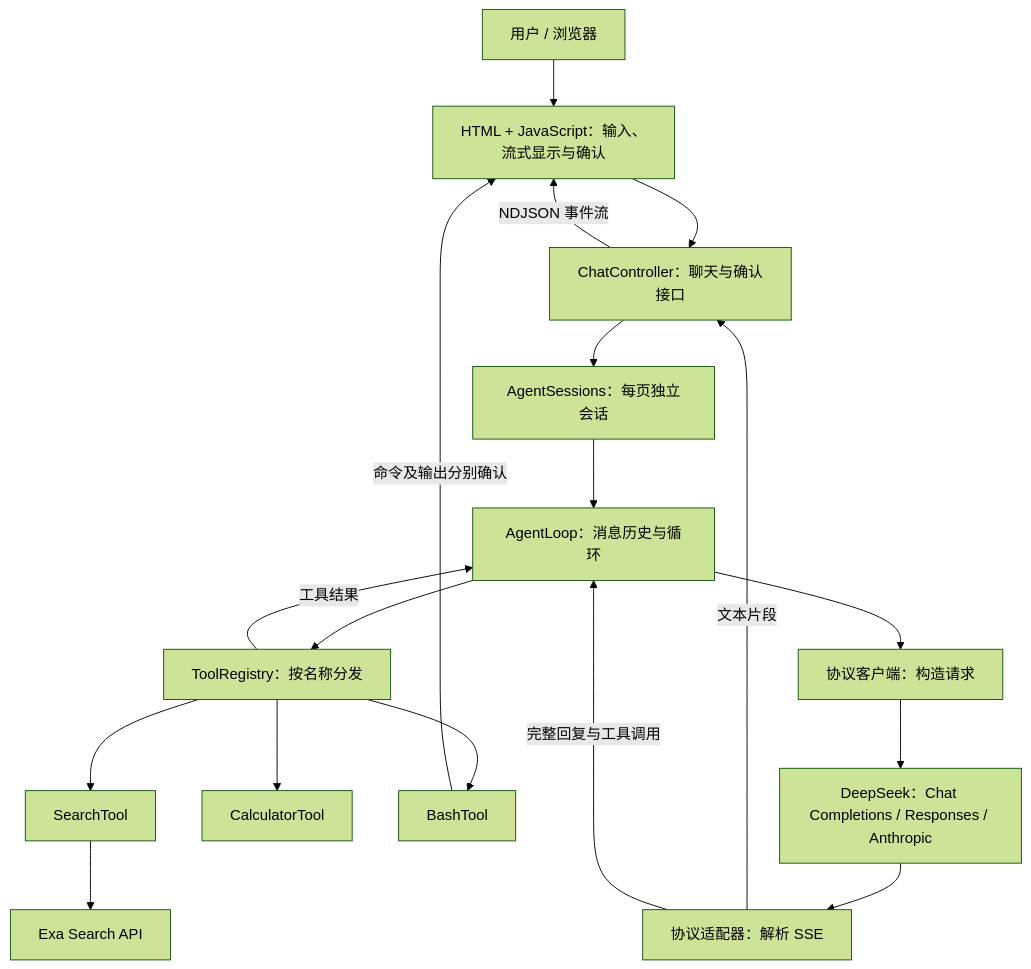
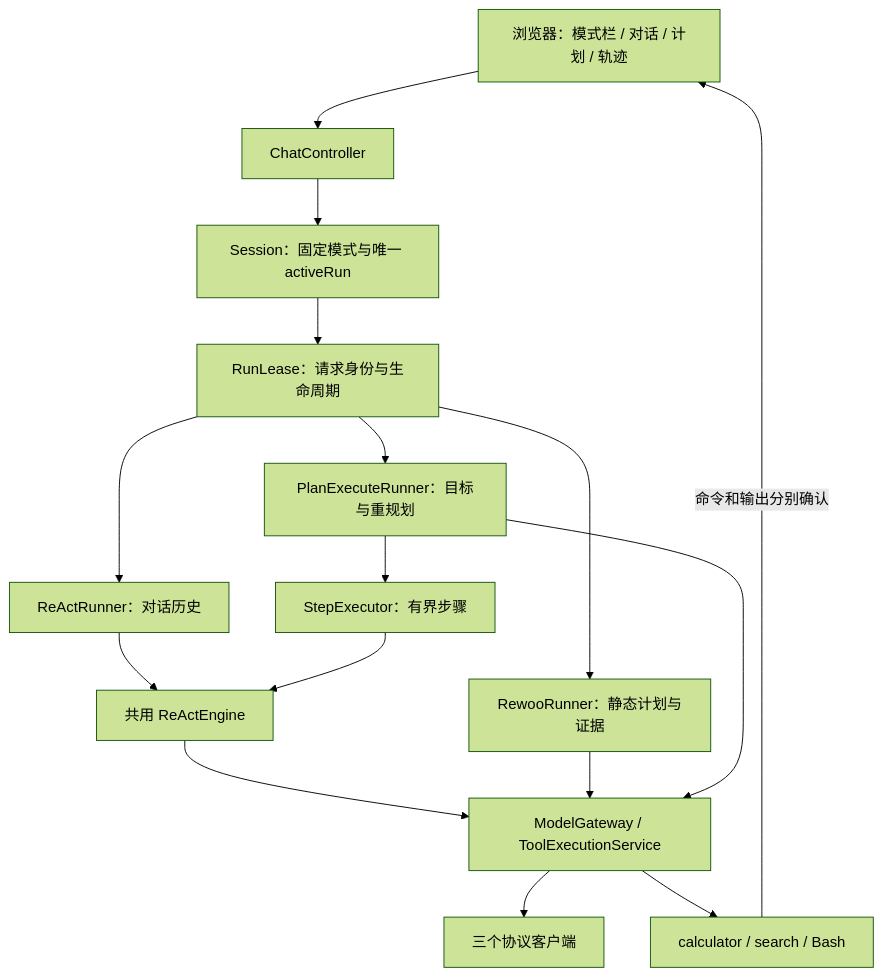
Before and after one commit to GLBB/ai-engineering-from-scratch: the first of 2 diagrams in learning-artifacts/agent-loop/README.md, drawn with Mermaid (forest theme). The commit also changed other lines of this file and 10 other files, not shown here.

````diff
--- a/learning-artifacts/agent-loop/README.md
+++ b/learning-artifacts/agent-loop/README.md
@@ -48,20 +49,18 @@
 ```mermaid
 flowchart TD
-    User[用户 / 浏览器] --> Page[HTML + JavaScript：输入、流式显示与确认]
-    Page --> Controller[ChatController：聊天与确认接口]
-    Controller -->|NDJSON 事件流| Page
-    Controller --> Sessions[AgentSessions：每页独立会话]
-    Sessions --> Loop[AgentLoop：消息历史与循环]
-    Loop --> Client[协议客户端：构造请求]
-    Client --> API[DeepSeek：Chat Completions / Responses / Anthropic]
-    API --> Stream[协议适配器：解析 SSE]
-    Stream -->|文本片段| Controller
-    Stream -->|完整回复与工具调用| Loop
-    Loop --> Registry[ToolRegistry：按名称分发]
-    Registry --> Calc[CalculatorTool]
-    Registry --> Bash[BashTool]
-    Registry --> Search[SearchTool]
-    Search --> Exa[Exa Search API]
-    Bash -->|命令及输出分别确认| Page
-    Registry -->|工具结果| Loop
+    Page[浏览器：模式栏 / 对话 / 计划 / 轨迹] --> HTTP[ChatController]
+    HTTP --> Session[Session：固定模式与唯一 activeRun]
+    Session --> Lease[RunLease：请求身份与生命周期]
+    Lease --> React[ReActRunner：对话历史]
+    Lease --> Rewoo[RewooRunner：静态计划与证据]
+    Lease --> PE[PlanExecuteRunner：目标与重规划]
+    React --> Engine[共用 ReActEngine]
+    PE --> Step[StepExecutor：有界步骤]
+    Step --> Engine
+    Engine --> Gateway[ModelGateway / ToolExecutionService]
+    Rewoo --> Gateway
+    PE --> Gateway
+    Gateway --> Client[三个协议客户端]
+    Gateway --> Tools[calculator / search / Bash]
+    Tools -->|命令和输出分别确认| Page
 ```
````
